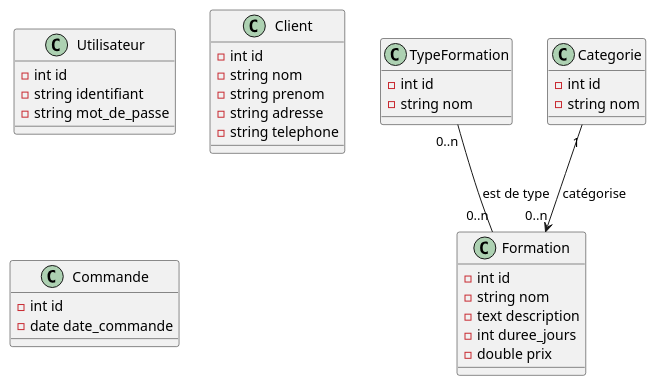
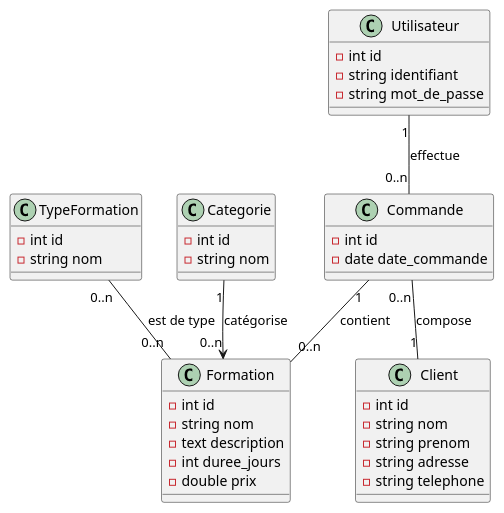
The diagram in doc/uml/2-class/goncourt-class.puml (DucasseRafael91/VenteFormation), drawn with PlantUML before and after one commit.

Commit message:
Ajout des cardinalités dans le diagramme de classe

```diff
--- a/doc/uml/2-class/goncourt-class.puml
+++ b/doc/uml/2-class/goncourt-class.puml
@@ -1,43 +1,46 @@
 @startuml VenteFormation
 
 class Formation {
     -int id
     -string nom
     -text description
     -int duree_jours
     -double prix
 }
 
 class TypeFormation {
     -int id
     -string nom
 }
 
 class Categorie {
     -int id
     -string nom
 }
 
 class Utilisateur {
     -int id
     -string identifiant
     -string mot_de_passe
 }
 
 class Client {
     -int id
     -string nom
     -string prenom
     -string adresse
     -string telephone
 }
 
 class Commande {
     -int id
     -date date_commande
 }
 
 Categorie "1" --> "0..n" Formation : catégorise
 TypeFormation "0..n" -- "0..n" Formation : est de type
+Utilisateur "1" -- "0..n" Commande : effectue
+Commande "1" -- "0..n" Formation : contient
+Commande "0..n" -- "1" Client : compose
 
 @enduml
```
